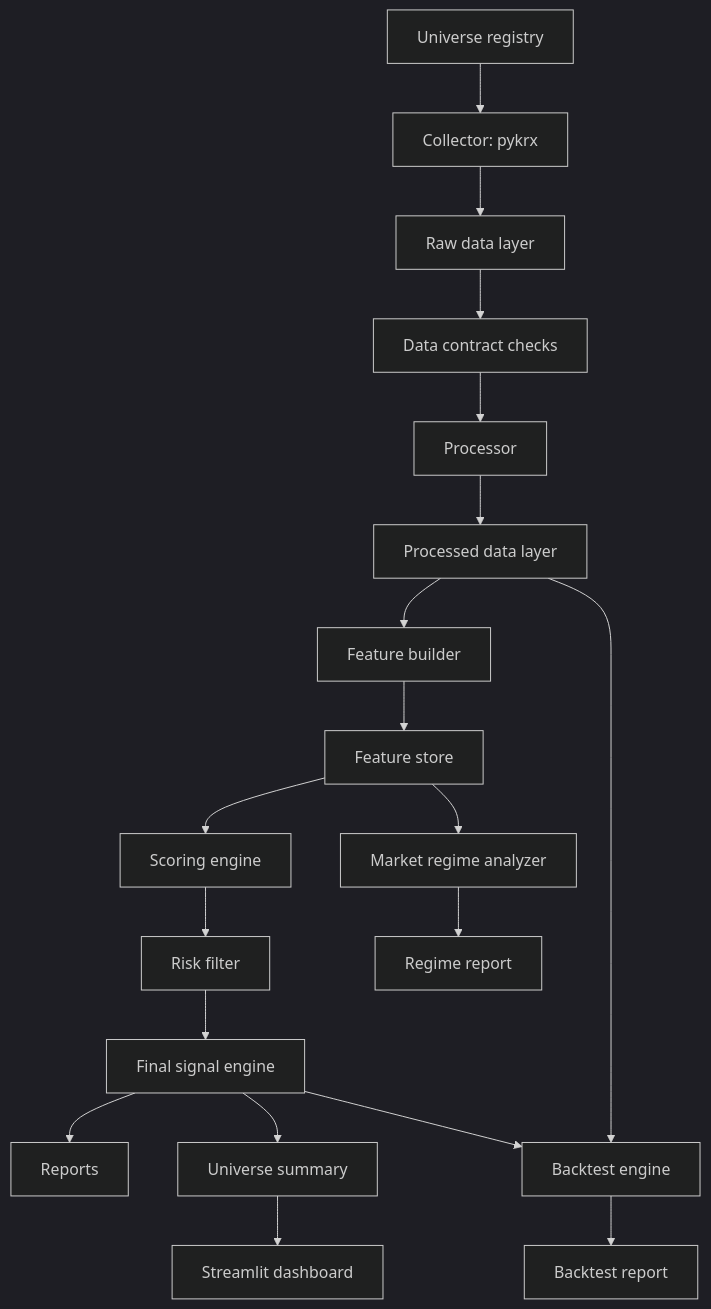
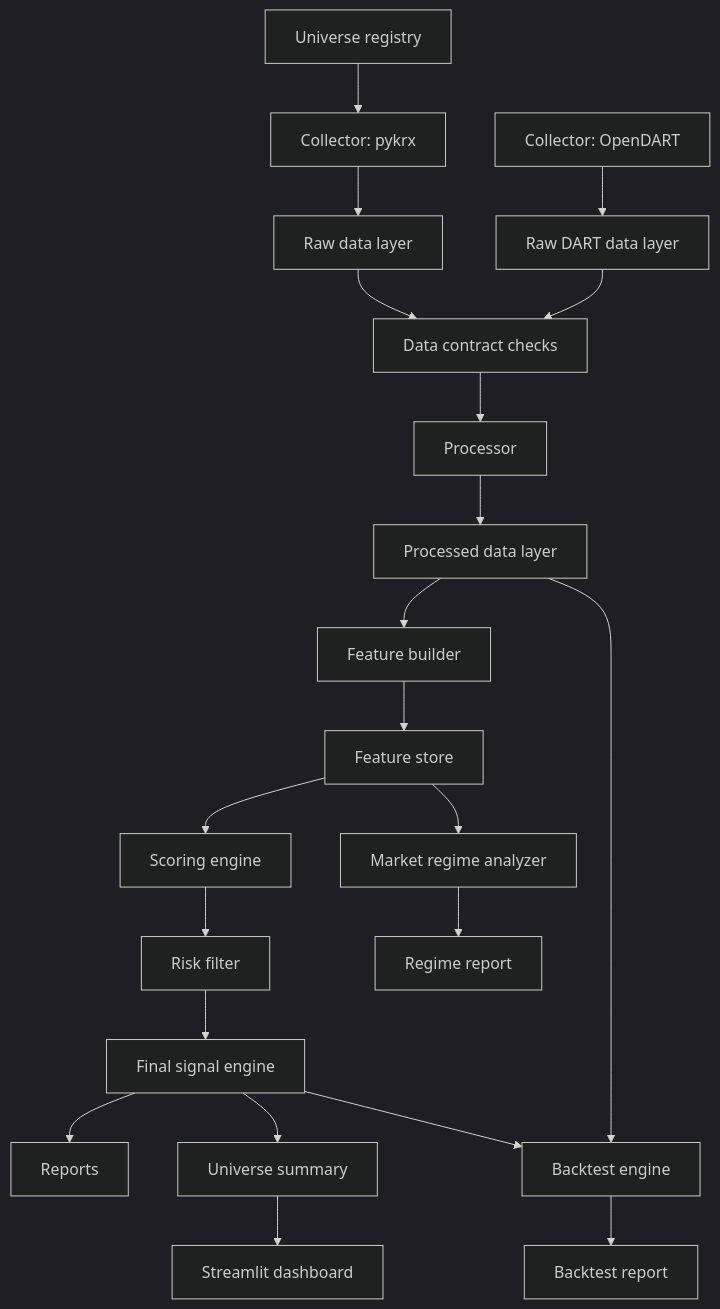
One commit to pkb0728-lgtm/krx-alpha-platform changed the diagram in docs/architecture.md. Above: the diagram before and after it, drawn with Mermaid (dark theme). The commit also changed other lines of this file and 13 other files, not shown here.

Commit message:
Add OpenDART data collectors

````diff
--- a/docs/architecture.md
+++ b/docs/architecture.md
@@ -11,21 +11,23 @@
 ```mermaid
 flowchart TD
     U["Universe registry"] --> A
     A["Collector: pykrx"] --> B["Raw data layer"]
+    X["Collector: OpenDART"] --> Y["Raw DART data layer"]
     B --> C["Data contract checks"]
+    Y --> C
     C --> D["Processor"]
     D --> E["Processed data layer"]
     E --> F["Feature builder"]
     F --> G["Feature store"]
     G --> R["Market regime analyzer"]
     G --> H["Scoring engine"]
     H --> I["Risk filter"]
     I --> J["Final signal engine"]
     J --> K["Reports"]
     J --> L["Universe summary"]
     L --> M["Streamlit dashboard"]
     J --> N["Backtest engine"]
     E --> N
     N --> O["Backtest report"]
     R --> P["Regime report"]
 ```
````
